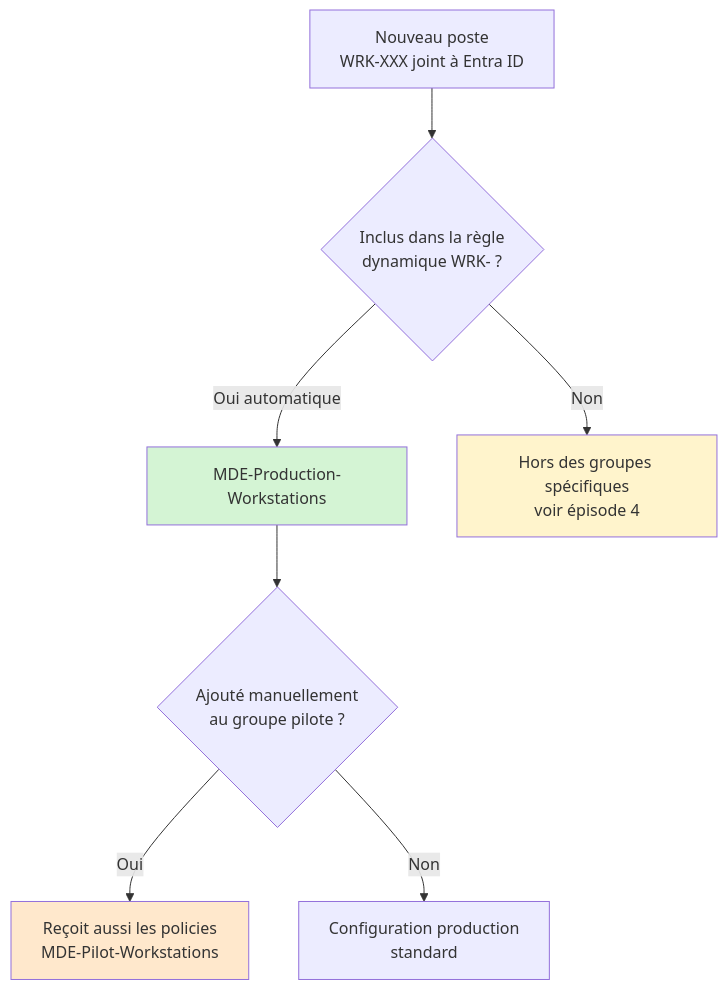
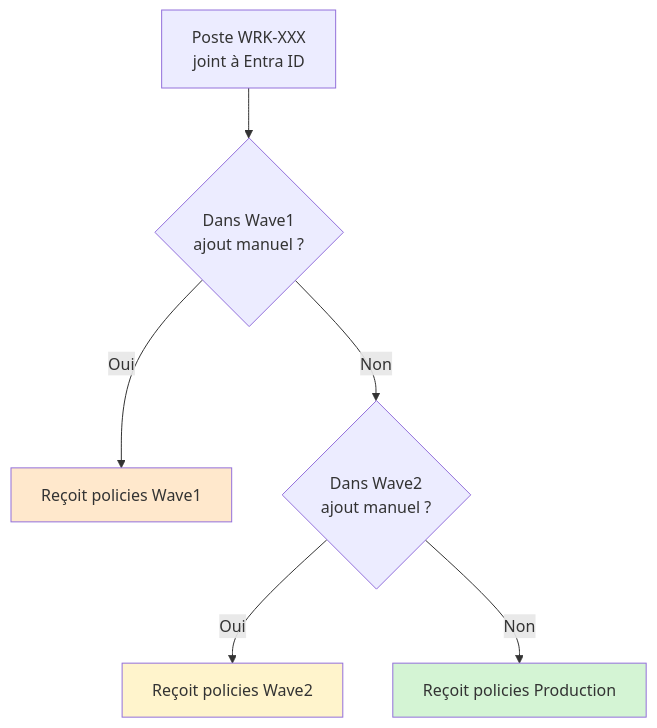
The diagram in _posts/series/mde-foundations/2026-05-23-mde-foundations-ep2-licences-onboarding-postes.md (sebastienmiro/sebastienmiro.github.io), drawn with Mermaid before and after one commit. The commit also changed other lines of this file and 8 other files, not shown here.

````diff
--- a/_posts/series/mde-foundations/2026-05-23-mde-foundations-ep2-licences-onboarding-postes.md
+++ b/_posts/series/mde-foundations/2026-05-23-mde-foundations-ep2-licences-onboarding-postes.md
@@ -162,14 +173,12 @@
 ```mermaid
 flowchart TD
-    A[Nouveau poste<br/>WRK-XXX joint à Entra ID] --> B{Inclus dans la règle<br/>dynamique WRK- ?}
-    B -->|Oui automatique| C[MDE-Production-Workstations]
-    B -->|Non| D[Hors des groupes spécifiques<br/>voir épisode 4]
+    A[Poste WRK-XXX<br/>joint à Entra ID] --> B{Dans Wave1<br/>ajout manuel ?}
+    B -->|Oui| C[Reçoit policies Wave1]
+    B -->|Non| D{Dans Wave2<br/>ajout manuel ?}
+    D -->|Oui| E[Reçoit policies Wave2]
+    D -->|Non| F[Reçoit policies Production]
 
-    C --> E{Ajouté manuellement<br/>au groupe pilote ?}
-    E -->|Oui| F[Reçoit aussi les policies<br/>MDE-Pilot-Workstations]
-    E -->|Non| G[Configuration production<br/>standard]
-
-    style C fill:#d4f4d4
-    style F fill:#ffe8cc
-    style D fill:#fff4cc
+    style C fill:#ffe8cc
+    style E fill:#fff4cc
+    style F fill:#d4f4d4
 ```
````
